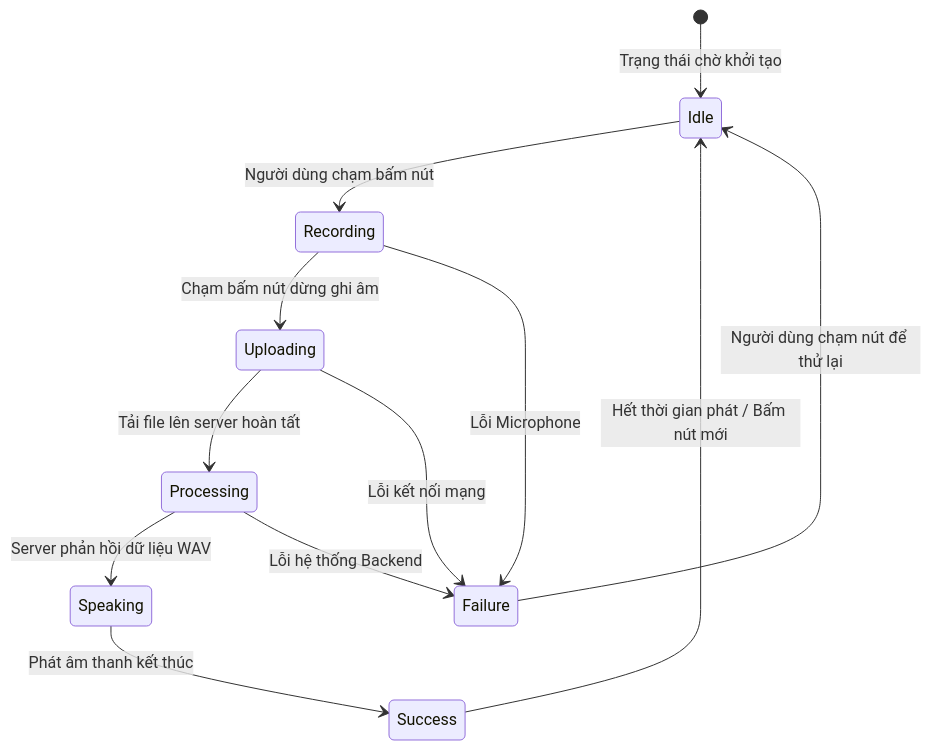
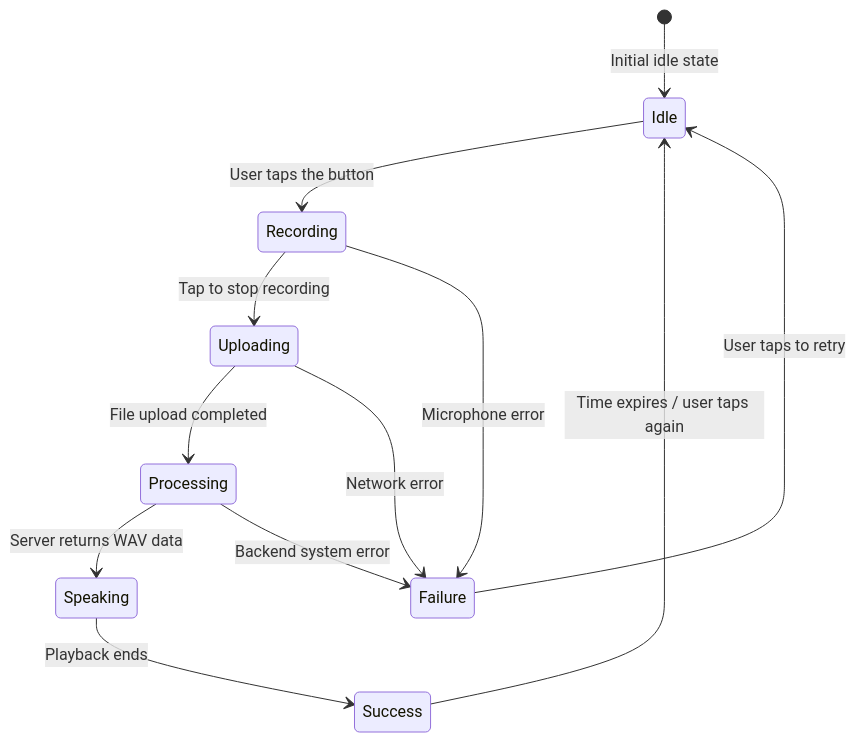
One commit to mcscoder/ai-voice-first changed the diagram in report/chuong_3/page_11_15.md. Above: the diagram before and after it, drawn with Mermaid. The commit also changed other lines of this file and 17 other files, not shown here.

````diff
--- a/report/chuong_3/page_11_15.md
+++ b/report/chuong_3/page_11_15.md
@@ -32,15 +32,15 @@
 ```mermaid
 stateDiagram-v2
-    [*] --> Idle: Trạng thái chờ khởi tạo
-    Idle --> Recording: Người dùng chạm bấm nút
-    Recording --> Uploading: Chạm bấm nút dừng ghi âm
-    Uploading --> Processing: Tải file lên server hoàn tất
-    Processing --> Speaking: Server phản hồi dữ liệu WAV
-    Speaking --> Success: Phát âm thanh kết thúc
-    Success --> Idle: Hết thời gian phát / Bấm nút mới
-    
-    Recording --> Failure: Lỗi Microphone
-    Uploading --> Failure: Lỗi kết nối mạng
-    Processing --> Failure: Lỗi hệ thống Backend
-    Failure --> Idle: Người dùng chạm nút để thử lại
+    [*] --> Idle: Initial idle state
+    Idle --> Recording: User taps the button
+    Recording --> Uploading: Tap to stop recording
+    Uploading --> Processing: File upload completed
+    Processing --> Speaking: Server returns WAV data
+    Speaking --> Success: Playback ends
+    Success --> Idle: Time expires / user taps again
+
+    Recording --> Failure: Microphone error
+    Uploading --> Failure: Network error
+    Processing --> Failure: Backend system error
+    Failure --> Idle: User taps to retry
 ```
````
